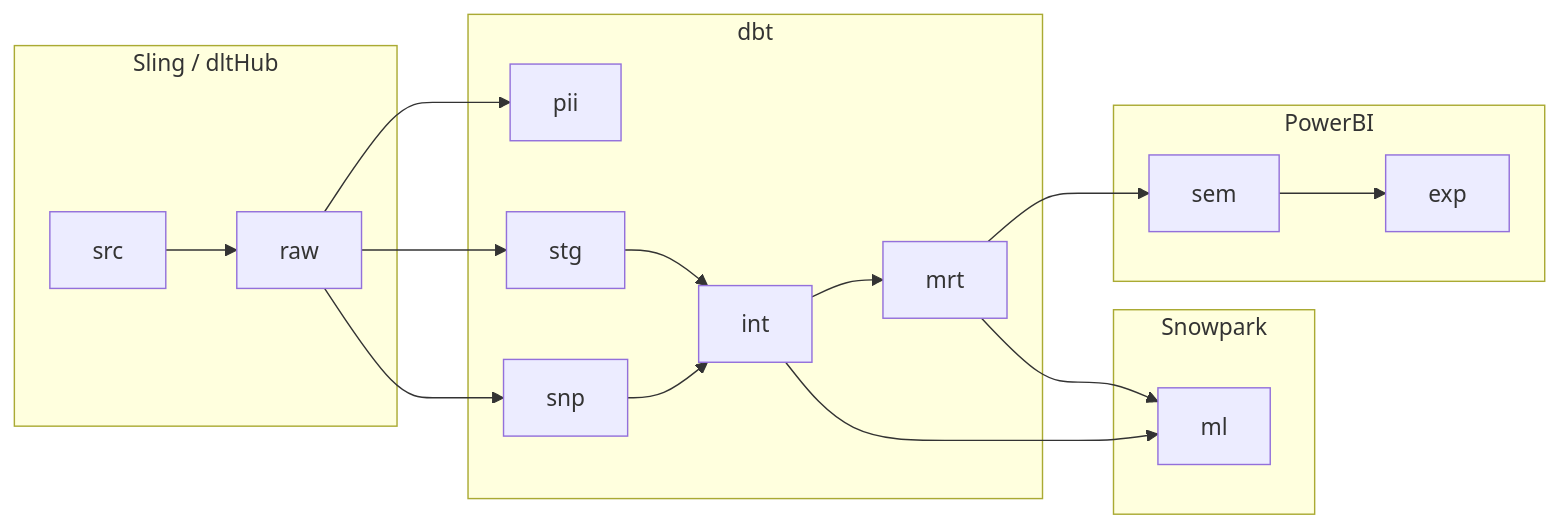
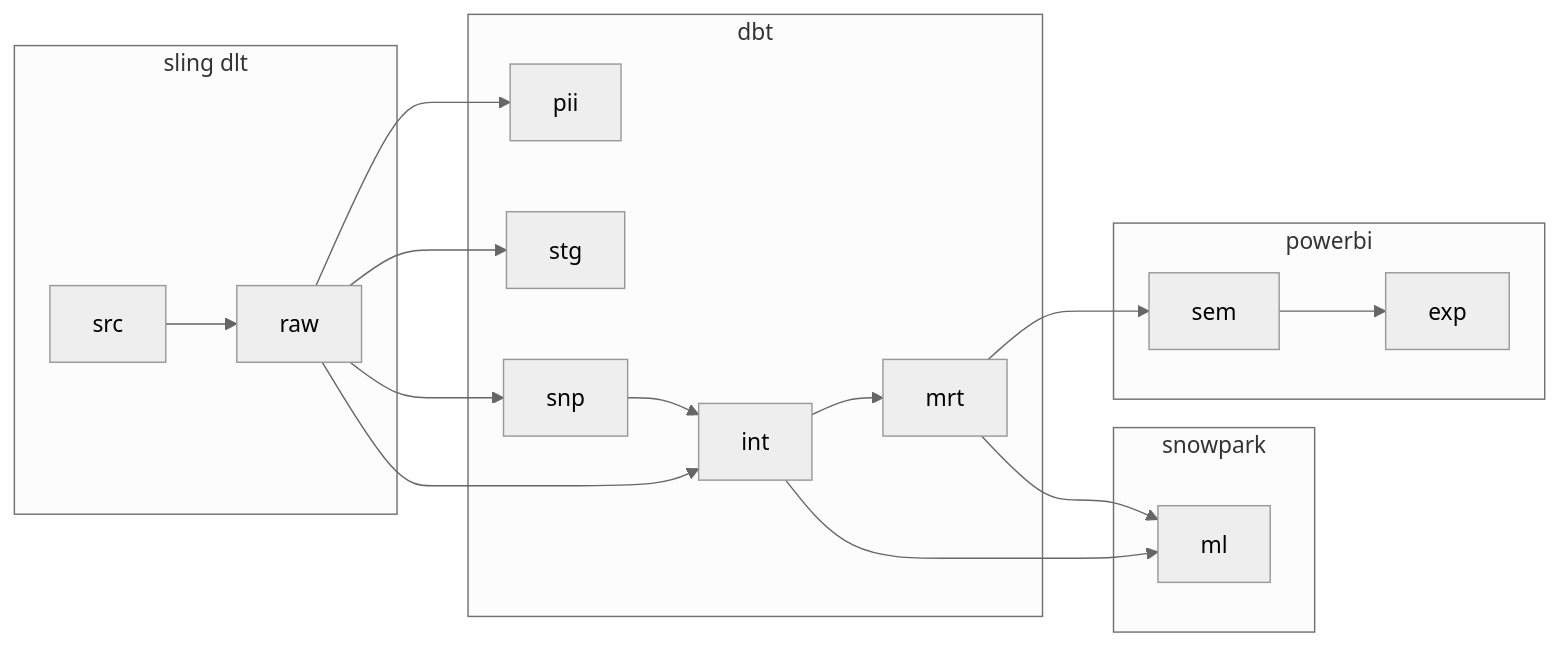
The diagram in docs/docs/index.md (seancunningham/dagster-dbt-snowflake), drawn with Mermaid before and after one commit. The commit also changed other lines of this file and 43 other files, not shown here.

````diff
--- a/docs/docs/index.md
+++ b/docs/docs/index.md
@@ -6,22 +7,37 @@
 ``` mermaid
+---
+config:
+  theme: neutral
+---
 flowchart LR
-    subgraph Sling / dltHub 
-        src-->raw
-    end
-    subgraph dbt 
-        raw-->pii
-        raw-->stg
-        raw-->snp
-        snp-->int
-        stg-->int
-        int-->mrt
-    end
-    subgraph PowerBI
-        mrt-->sem
-        sem-->exp
-    end
-    subgraph Snowpark
-        mrt-->ml
-        int-->ml
-    end
+  subgraph s1["sling dlt"]
+        n1["src"]
+        n2["raw"]
+  end
+  subgraph s2["dbt"]
+        n3["pii"]
+        n4["stg"]
+        n5["snp"]
+        n6["int"]
+        n7["mrt"]
+  end
+  subgraph s3["powerbi"]
+        n8["sem"]
+        n9["exp"]
+  end
+  subgraph s4["snowpark"]
+        n10["ml"]
+  end
+  n1 --> n2
+  n2 --> n3
+  n2 --> n4
+  n2 --> n5
+  n5 --> n6
+  n2 --> n6
+  n6 --> n7
+  n7 --> n8
+  n8 --> n9
+  n7 --> n10
+  n6 --> n10
+
 ```
````
